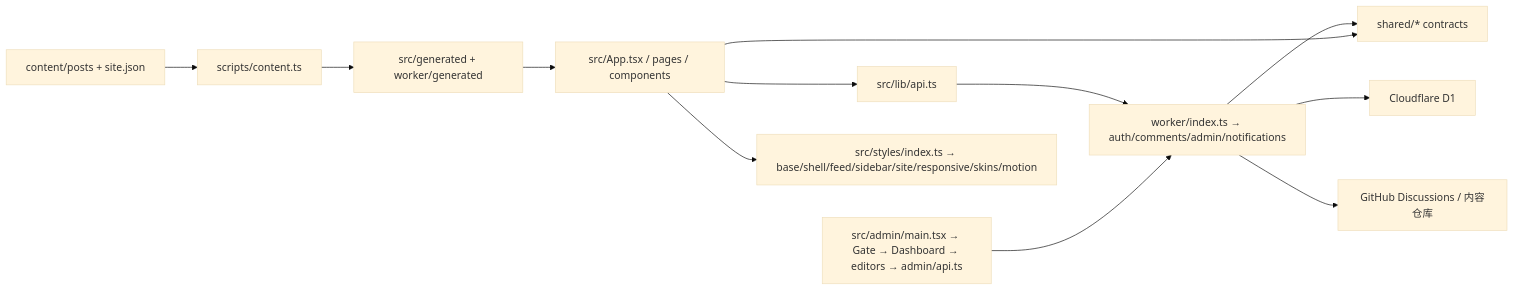
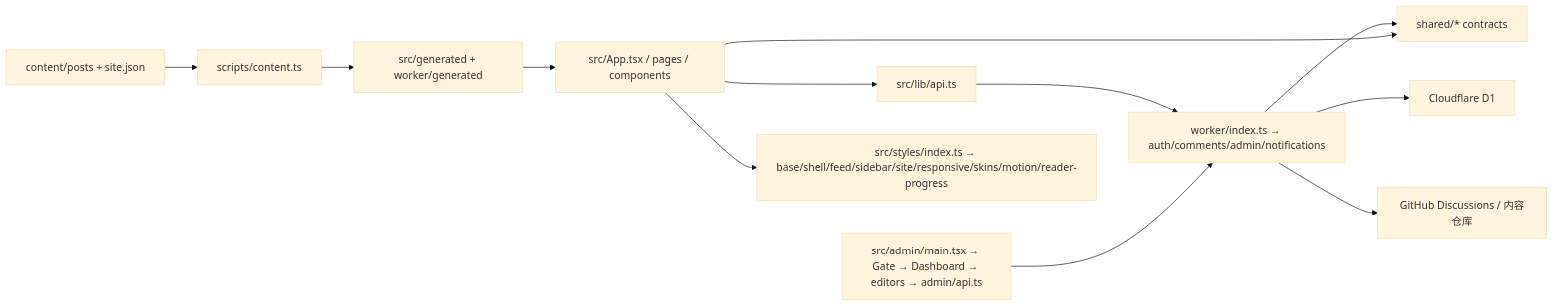
Before and after one commit to YohakuSama/waylan-blog: the first of 2 diagrams in docs/ARCHITECTURE.md, drawn with Mermaid (base theme). The commit also changed other lines of this file, not shown here.

Commit message:
docs(architecture): define viewer and progress CSS boundaries

````diff
--- a/docs/ARCHITECTURE.md
+++ b/docs/ARCHITECTURE.md
@@ -9,14 +9,14 @@
 ```mermaid
 flowchart LR
     Content["content/posts + site.json"] --> Build["scripts/content.ts"]
     Build --> Generated["src/generated + worker/generated"]
     Generated --> Front["src/App.tsx / pages / components"]
     Front --> BrowserApi["src/lib/api.ts"]
     BrowserApi --> Worker["worker/index.ts → auth/comments/admin/notifications"]
     Worker --> Shared["shared/* contracts"]
     Front --> Shared
     Worker --> D1["Cloudflare D1"]
     Worker --> GitHub["GitHub Discussions / 内容仓库"]
     Admin["src/admin/main.tsx → Gate → Dashboard → editors → admin/api.ts"] --> Worker
-    Front --> Styles["src/styles/index.ts → base/shell/feed/sidebar/site/responsive/skins/motion"]
+    Front --> Styles["src/styles/index.ts → base/shell/feed/sidebar/site/responsive/skins/motion/reader-progress"]
 ```
````
